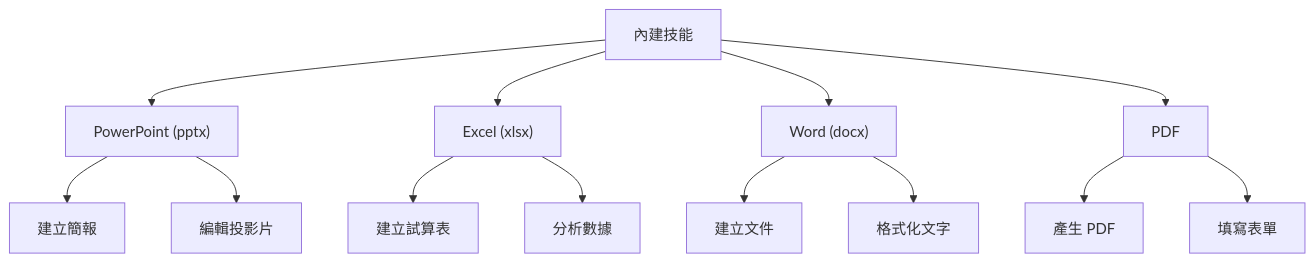
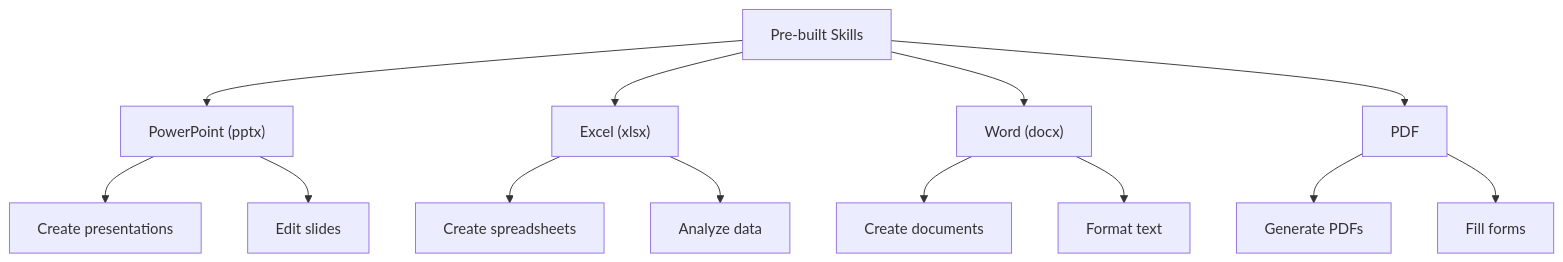
Diagram 14 of 20 in claude_concepts_guide.md (huckly/claude-howto-zh-tw), drawn with Mermaid before and after one commit. The commit also changed other lines of this file and 8 other files, not shown here.

````diff
--- a/claude_concepts_guide.md
+++ b/claude_concepts_guide.md
@@ -1260,22 +1298,22 @@
 ```mermaid
 graph TB
-    A["內建技能"]
+    A["Pre-built Skills"]
     B["PowerPoint (pptx)"]
     C["Excel (xlsx)"]
     D["Word (docx)"]
     E["PDF"]
 
     A --> B
     A --> C
     A --> D
     A --> E
 
-    B --> B1["建立簡報"]
-    B --> B2["編輯投影片"]
-    C --> C1["建立試算表"]
-    C --> C2["分析數據"]
-    D --> D1["建立文件"]
-    D --> D2["格式化文字"]
-    E --> E1["產生 PDF"]
-    E --> E2["填寫表單"]
+    B --> B1["Create presentations"]
+    B --> B2["Edit slides"]
+    C --> C1["Create spreadsheets"]
+    C --> C2["Analyze data"]
+    D --> D1["Create documents"]
+    D --> D2["Format text"]
+    E --> E1["Generate PDFs"]
+    E --> E2["Fill forms"]
 ```
````
